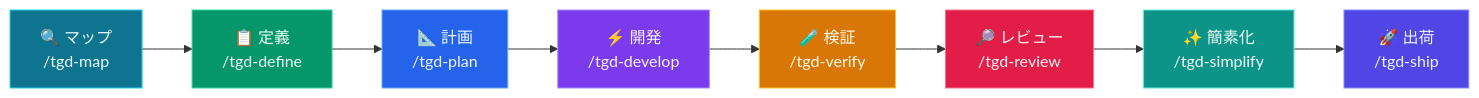
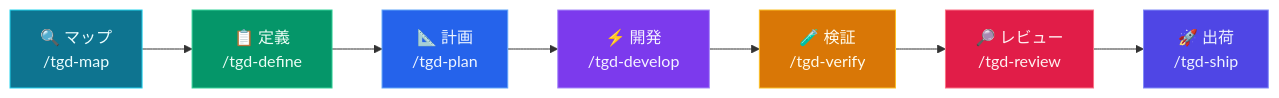
One commit to openclawyhwang-hub/tGD changed the diagram in README.ja.md. Above: the diagram before and after it, drawn with Mermaid. The commit also changed other lines of this file and 22 other files, not shown here.

````diff
--- a/README.ja.md
+++ b/README.ja.md
@@ -182,28 +182,26 @@
 ```mermaid
 flowchart LR
     A["🔍 マップ\n/tgd-map"] --> B["📋 定義\n/tgd-define"]
     B --> C["📐 計画\n/tgd-plan"]
     C --> D["⚡ 開発\n/tgd-develop"]
     D --> E["🧪 検証\n/tgd-verify"]
     E --> F["🔎 レビュー\n/tgd-review"]
-    F --> G["✨ 簡素化\n/tgd-simplify"]
-    G --> H["🚀 出荷\n/tgd-ship"]
+    F --> G["🚀 出荷\n/tgd-ship"]
 
     classDef cyan fill:#0e7490,color:#ecfeff,stroke:#22d3ee
     classDef green fill:#059669,color:#ecfdf5,stroke:#34d399
     classDef blue fill:#2563eb,color:#eff6ff,stroke:#60a5fa
     classDef purple fill:#7c3aed,color:#f5f3ff,stroke:#a78bfa
     classDef amber fill:#d97706,color:#fffbeb,stroke:#fbbf24
     classDef rose fill:#e11d48,color:#fff1f2,stroke:#fb7185
     classDef teal fill:#0d9488,color:#f0fdfa,stroke:#5eead4
     classDef indigo fill:#4f46e5,color:#eef2ff,stroke:#818cf8
 
     class A cyan
     class B green
     class C blue
     class D purple
     class E amber
     class F rose
-    class G teal
-    class H indigo
+    class G indigo
 ```
````
